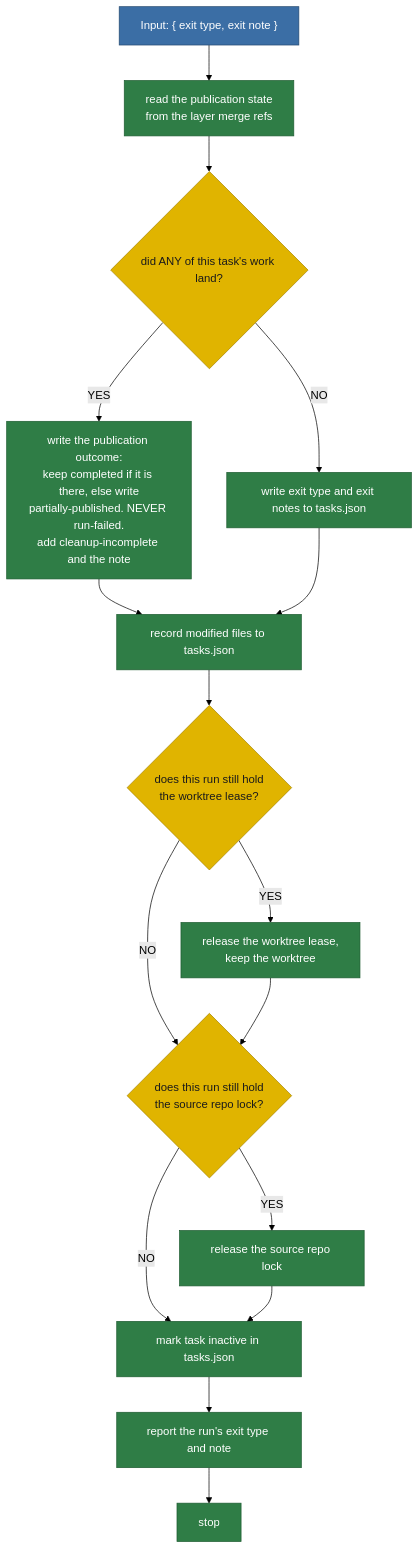
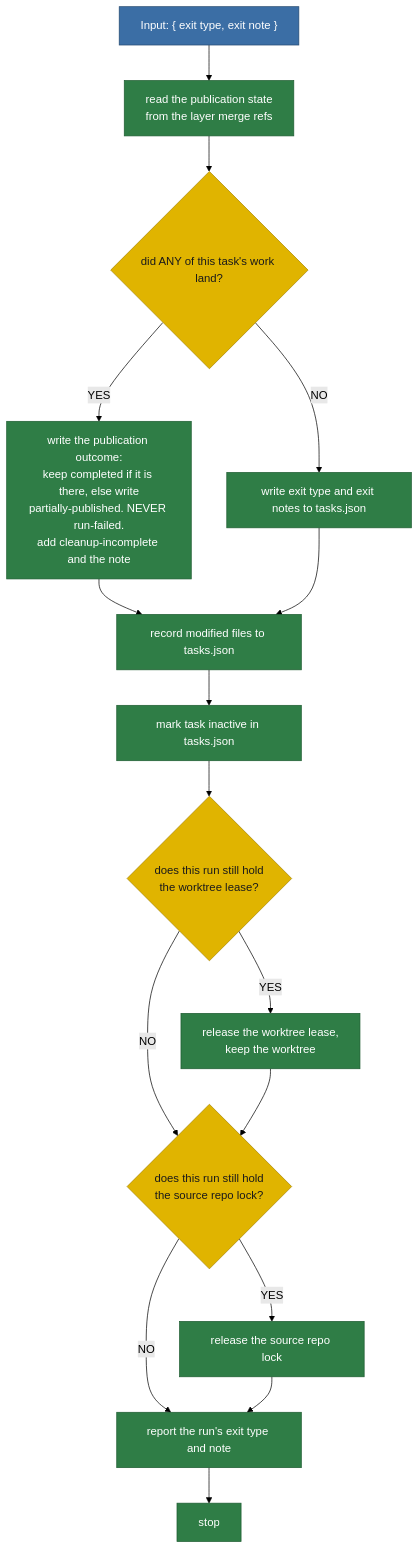
The diagram in plans/diagram/pipeline-failuresExit.mmd (matkatmusic/taskTools), drawn with Mermaid (forest theme) before and after one commit. The commit also changed 404 other files, not shown here.

```diff
--- a/plans/diagram/pipeline-failuresExit.mmd
+++ b/plans/diagram/pipeline-failuresExit.mmd
@@ -1,86 +1,85 @@
 flowchart TB
 %% FAILURES EXIT.
 %% ---
 %% Input: an exit type and exit note, task already active.
 %% ---
 %% The lease and the source lock are two independent holdings.
 %% ---
 %% Neither's release gates the other's; each checks its own owner.
 %% ---
 %% See releaseTaskRunHolds.ts.
 %% ---
-%% Every release and write here runs before "mark task inactive".
+%% "mark task inactive" runs before the lease and lock release chain.
 %% ---
 %% Marking inactive is what reopens the task to another run.
 %% ---
 %% Every mutating box here is reconciled, not retried.
 %% ---
 %% Only an ambiguous read is run-failed, reported to the operator.
 %% ---
 %% See reconcileStep.ts.
 %% ---
 %% The worktree is NEVER removed here; only the merge succeeded exit removes one.
 %% ---
 %% This tail asks GIT what landed, not whether exit type is completed.
 %% ---
 %% completed is written long after the merge, so a gap failure must not reopen it.
 %% ---
 %% Did ANY work land? YES: keep completed if present, else write partially-published.
 %% ---
 %% Either way the incoming exit type is discarded, run-failed included.
 %% ---
 %% cleanup-incomplete and partially-published both mean RECOVERY ONLY.
 %% ---
 %% Exit types reaching this tail:
 %% ---
 %% plan-scrapped
 %% ---
 %% clarify-stuck
 %% ---
 %% fence-violation
 %% ---
 %% partially-published
 %% ---
 %% tests-red
 %% ---
 %% tests-flagged
 %% ---
 %% rebase-stuck
 %% ---
 %% suite-red
 %% ---
 %% merge-failed
 %% ---
 %% agent-failed
 %% ---
 %% run-failed
 
   EXIT_TYPE_NOTE_INPUT["Input: { exit type, exit note }"] --> READ_FAILURES_PUBLICATION_STATE["read the publication state<br/>from the layer merge refs"]
   READ_FAILURES_PUBLICATION_STATE --> DID_ANY_WORK_LAND{"did ANY of this task's work land?"}
   DID_ANY_WORK_LAND -->|YES| WRITE_PUBLICATION_OUTCOME["write the publication outcome:<br/>keep completed if it is there, else write<br/>partially-published. NEVER run-failed.<br/>add cleanup-incomplete and the note"]
   DID_ANY_WORK_LAND -->|NO| WRITE_EXIT_TYPE_AND_NOTE["write exit type and exit notes to tasks.json"]
 
   WRITE_PUBLICATION_OUTCOME --> RECORD_MODIFIED_FILES_FAILURE
 
   WRITE_EXIT_TYPE_AND_NOTE --> RECORD_MODIFIED_FILES_FAILURE
 
-  RECORD_MODIFIED_FILES_FAILURE["record modified files to tasks.json"] --> DOES_RUN_HOLD_LEASE{"does this run still hold<br/>the worktree lease?"}
+  RECORD_MODIFIED_FILES_FAILURE["record modified files to tasks.json"] --> MARK_TASK_INACTIVE_FAILURE["mark task inactive in tasks.json"]
+  MARK_TASK_INACTIVE_FAILURE --> DOES_RUN_HOLD_LEASE{"does this run still hold<br/>the worktree lease?"}
   DOES_RUN_HOLD_LEASE -->|YES| RELEASE_WORKTREE_LEASE["release the worktree lease,<br/>keep the worktree"]
   DOES_RUN_HOLD_LEASE -->|NO| DOES_RUN_HOLD_SOURCE_LOCK
   RELEASE_WORKTREE_LEASE --> DOES_RUN_HOLD_SOURCE_LOCK
 
   DOES_RUN_HOLD_SOURCE_LOCK{"does this run still hold<br/>the source repo lock?"} -->|YES| RELEASE_SOURCE_LOCK["release the source repo lock"]
-  DOES_RUN_HOLD_SOURCE_LOCK -->|NO| MARK_TASK_INACTIVE_FAILURE
-  RELEASE_SOURCE_LOCK --> MARK_TASK_INACTIVE_FAILURE
-
-  MARK_TASK_INACTIVE_FAILURE["mark task inactive in tasks.json"] --> REPORT_EXIT_TYPE_AND_NOTE["report the run's exit type and note"]
+  DOES_RUN_HOLD_SOURCE_LOCK -->|NO| REPORT_EXIT_TYPE_AND_NOTE["report the run's exit type and note"]
+  RELEASE_SOURCE_LOCK --> REPORT_EXIT_TYPE_AND_NOTE
   REPORT_EXIT_TYPE_AND_NOTE --> STOP["stop"]
 
   classDef script fill:#2f7d46,stroke:#1e5c31,color:#ffffff
   classDef decision fill:#e0b400,stroke:#a88600,color:#1a1a1a
   classDef output fill:#3b6ea5,stroke:#254a70,color:#ffffff
   classDef pass fill:#2f7d46,stroke:#1e5c31,color:#ffffff
   classDef nopass fill:#a52a1e,stroke:#6d1a12,color:#ffffff
   class DOES_RUN_HOLD_LEASE,DOES_RUN_HOLD_SOURCE_LOCK,DID_ANY_WORK_LAND decision
   class READ_FAILURES_PUBLICATION_STATE,WRITE_EXIT_TYPE_AND_NOTE,RECORD_MODIFIED_FILES_FAILURE,MARK_TASK_INACTIVE_FAILURE,RELEASE_WORKTREE_LEASE,RELEASE_SOURCE_LOCK,REPORT_EXIT_TYPE_AND_NOTE,WRITE_PUBLICATION_OUTCOME,STOP script
   class EXIT_TYPE_NOTE_INPUT output
```
